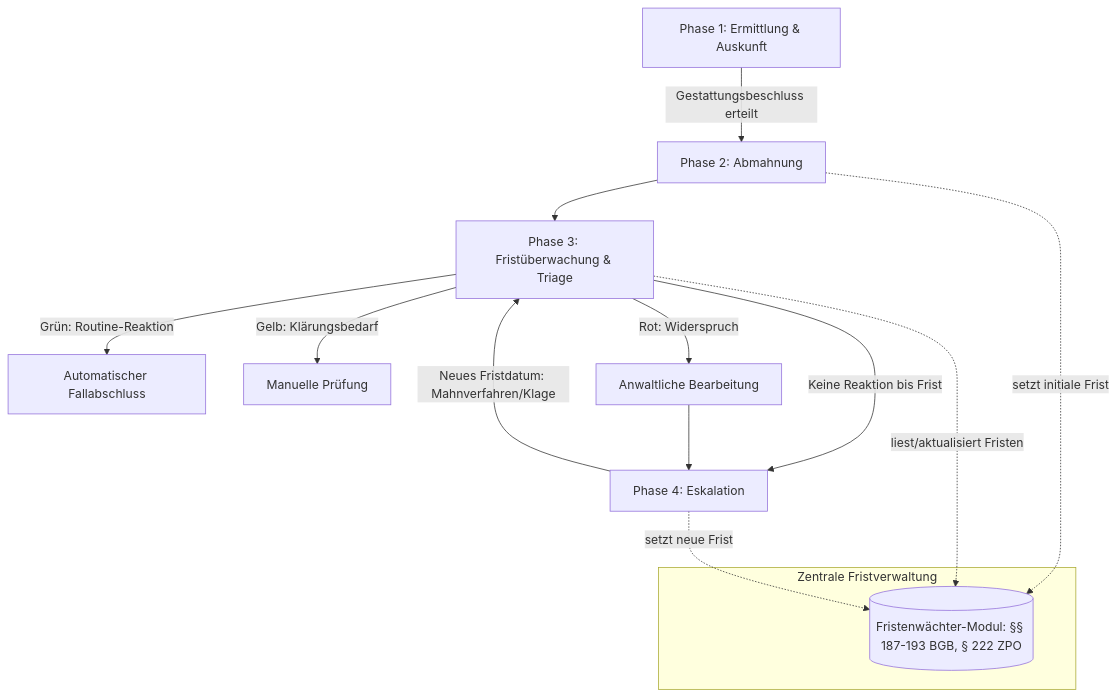
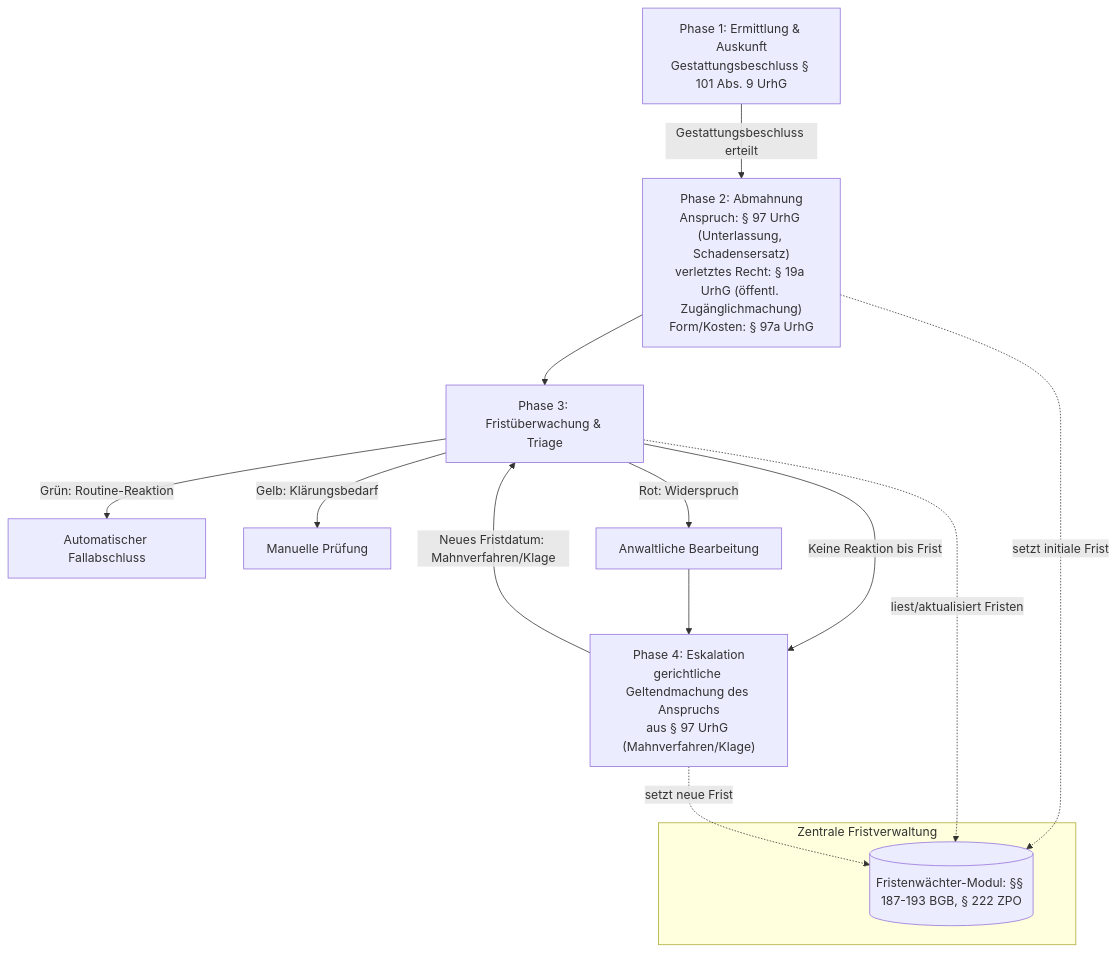
One commit to dammnicolas-dotcom/massenverfahren-automation changed the diagram in docs/architecture.md. Above: the diagram before and after it, drawn with Mermaid. The commit also changed other lines of this file, not shown here.

Commit message:
Architektur-Diagramm: einschlägige Normen des UrhG ergänzen (§§ 19a, 97, 97a, 101 Abs. 9)

````diff
--- a/docs/architecture.md
+++ b/docs/architecture.md
@@ -17,18 +17,18 @@
 ```mermaid
 flowchart TD
-    A[Phase 1: Ermittlung & Auskunft] -->|Gestattungsbeschluss erteilt| B[Phase 2: Abmahnung]
+    A["Phase 1: Ermittlung & Auskunft<br/>Gestattungsbeschluss § 101 Abs. 9 UrhG"] -->|Gestattungsbeschluss erteilt| B["Phase 2: Abmahnung<br/>Anspruch: § 97 UrhG (Unterlassung, Schadensersatz)<br/>verletztes Recht: § 19a UrhG (öffentl. Zugänglichmachung)<br/>Form/Kosten: § 97a UrhG"]
     B --> C[Phase 3: Fristüberwachung & Triage]
     C -->|Grün: Routine-Reaktion| E1[Automatischer Fallabschluss]
     C -->|Gelb: Klärungsbedarf| E2[Manuelle Prüfung]
     C -->|Rot: Widerspruch| E3[Anwaltliche Bearbeitung]
-    C -->|Keine Reaktion bis Frist| D[Phase 4: Eskalation]
+    C -->|Keine Reaktion bis Frist| D["Phase 4: Eskalation<br/>gerichtliche Geltendmachung des Anspruchs<br/>aus § 97 UrhG (Mahnverfahren/Klage)"]
     E3 --> D
     D -->|Neues Fristdatum: Mahnverfahren/Klage| C
 
     subgraph Zentrale Fristverwaltung
         F[(Fristenwächter-Modul: §§ 187-193 BGB, § 222 ZPO)]
     end
     B -. setzt initiale Frist .-> F
     C -. liest/aktualisiert Fristen .-> F
     D -. setzt neue Frist .-> F
 ```
````
